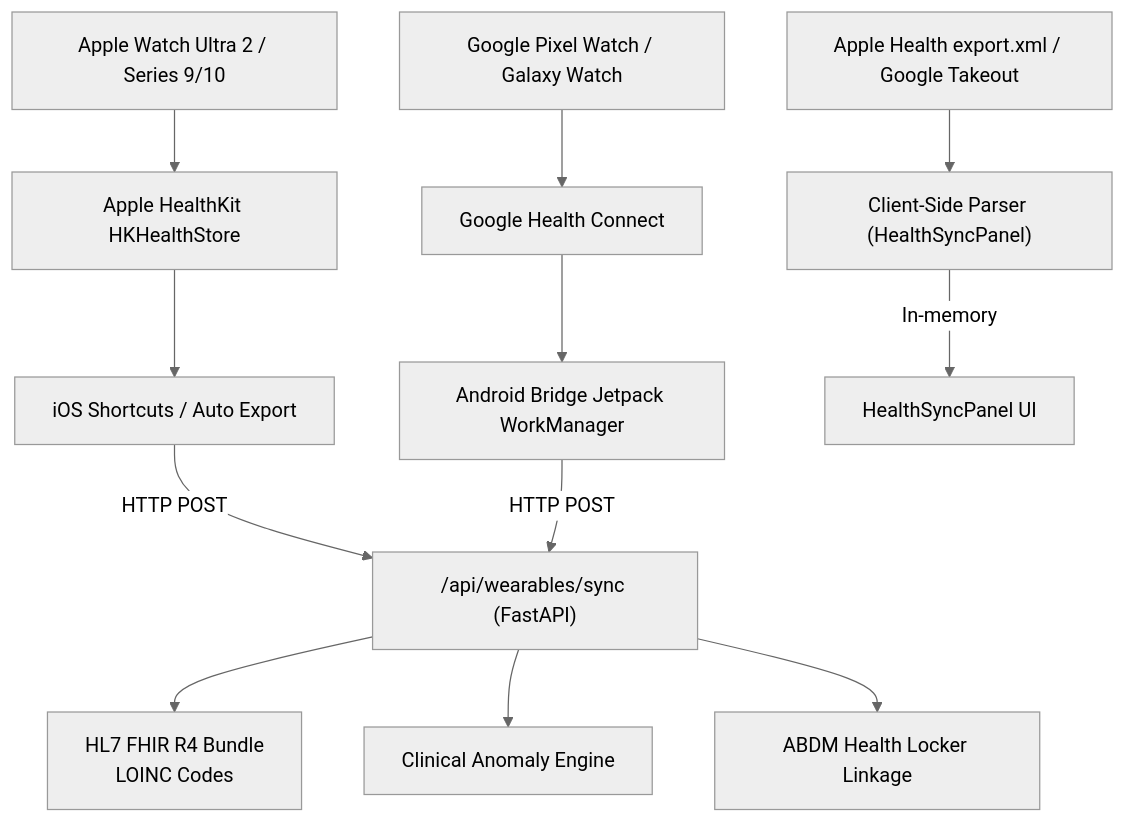
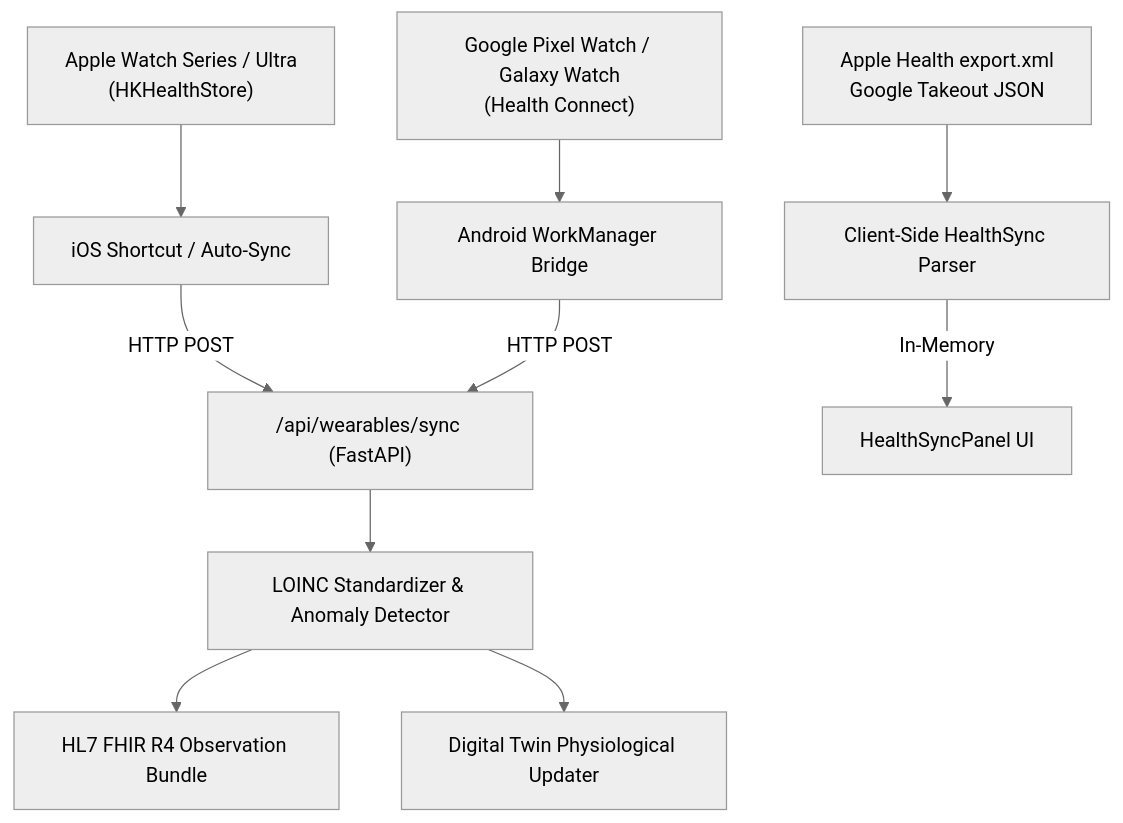
One commit to Rachit-Tiwari-7/SYNAPSE-NEURAL changed the eighth of 10 diagrams in README.md. Above: the diagram before and after it, drawn with Mermaid (neutral theme). The commit also changed other lines of this file and 53 other files, not shown here.

````diff
--- a/README.md
+++ b/README.md
@@ -1661,16 +455,14 @@
 ```mermaid
 flowchart TD
-    AW["Apple Watch Ultra 2 / Series 9/10"] --> HK["Apple HealthKit HKHealthStore"]
-    HK --> SC["iOS Shortcuts / Auto Export"]
-    PW["Google Pixel Watch / Galaxy Watch"] --> HC["Google Health Connect"]
-    HC --> AB["Android Bridge Jetpack WorkManager"]
-    HIST["Apple Health export.xml / Google Takeout"] --> PARSE["Client-Side Parser (HealthSyncPanel)"]
+    A1["Apple Watch Series / Ultra\n(HKHealthStore)"] --> S1["iOS Shortcut / Auto-Sync"]
+    A2["Google Pixel Watch / Galaxy Watch\n(Health Connect)"] --> S2["Android WorkManager Bridge"]
+    A3["Apple Health export.xml\nGoogle Takeout JSON"] --> S3["Client-Side HealthSync Parser"]
 
-    SC -->|HTTP POST| EP["/api/wearables/sync (FastAPI)"]
-    AB -->|HTTP POST| EP
-    PARSE -->|In-memory| UI["HealthSyncPanel UI"]
+    S1 -->|HTTP POST| EP["/api/wearables/sync (FastAPI)"]
+    S2 -->|HTTP POST| EP
+    S3 -->|In-Memory| UI["HealthSyncPanel UI"]
 
-    EP --> FHIR_W["HL7 FHIR R4 Bundle\nLOINC Codes"]
-    EP --> ANOM["Clinical Anomaly Engine"]
-    EP --> ABHA_L["ABDM Health Locker Linkage"]
+    EP --> NORM["LOINC Standardizer & Anomaly Detector"]
+    NORM --> FHIR["HL7 FHIR R4 Observation Bundle"]
+    NORM --> TWIN["Digital Twin Physiological Updater"]
 ```
````
